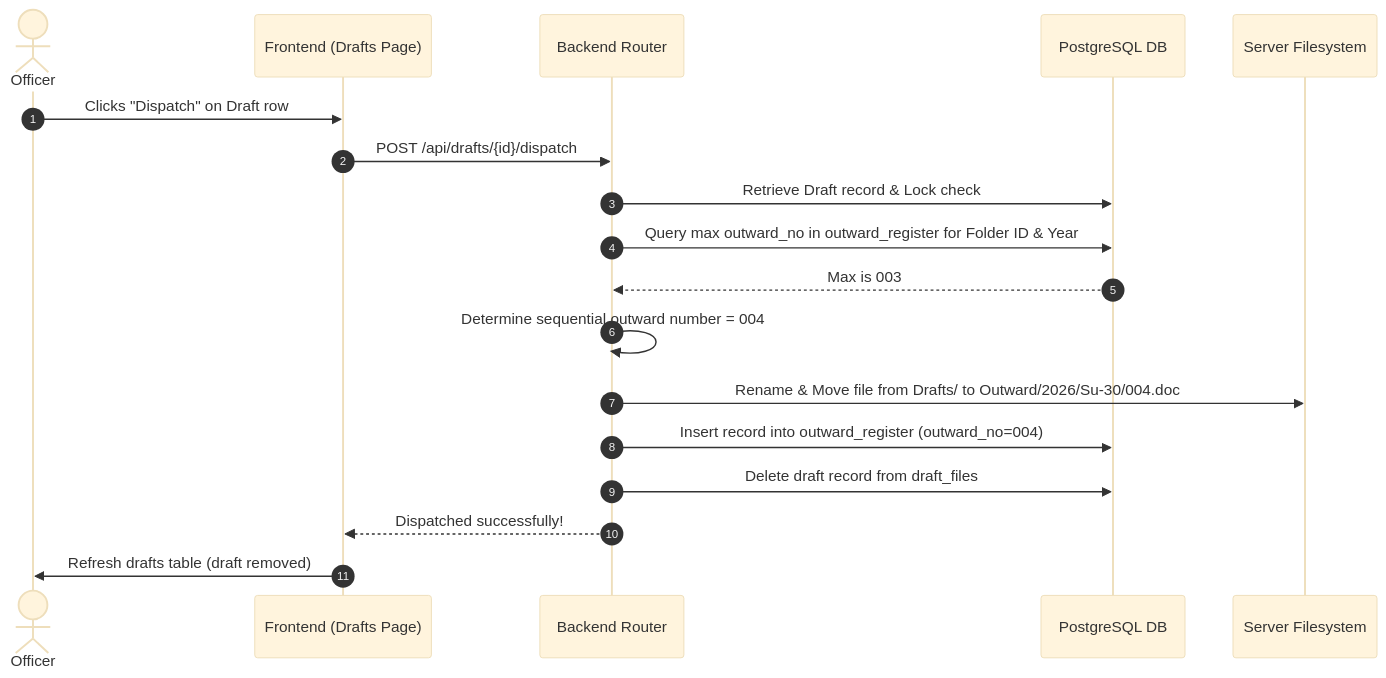
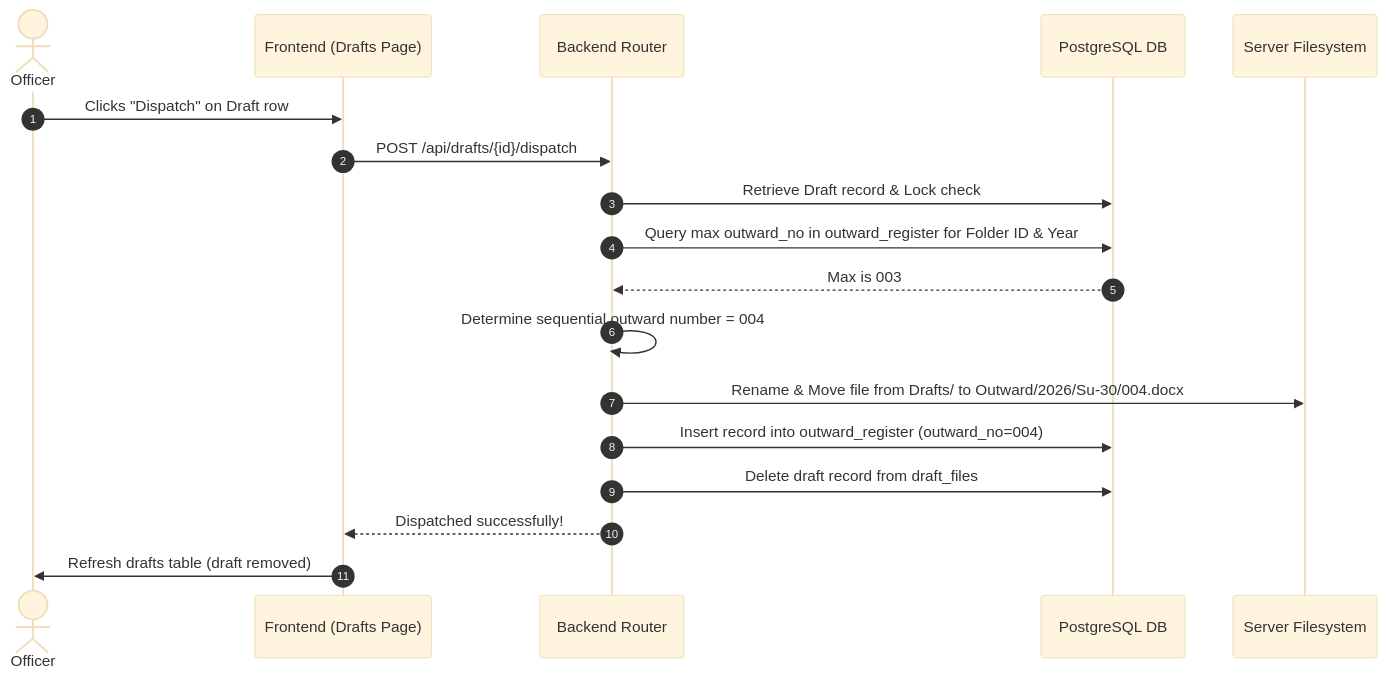
Before and after one commit to palashkharate/inward-outward-document-management-system-_iodms: the fourth of 4 diagrams in docs/hld.md, drawn with Mermaid (base theme). The commit also changed other lines of this file and 13 other files, not shown here.

````diff
--- a/docs/hld.md
+++ b/docs/hld.md
@@ -148,21 +148,21 @@
 ```mermaid
 sequenceDiagram
     autonumber
     actor User as Officer
     participant UI as Frontend (Drafts Page)
     participant API as Backend Router
     participant DB as PostgreSQL DB
     participant FS as Server Filesystem
 
     User->>UI: Clicks "Dispatch" on Draft row
     UI->>API: POST /api/drafts/{id}/dispatch
     API->>DB: Retrieve Draft record & Lock check
     API->>DB: Query max outward_no in outward_register for Folder ID & Year
     DB-->>API: Max is 003
     API->>API: Determine sequential outward number = 004
-    API->>FS: Rename & Move file from Drafts/ to Outward/2026/Su-30/004.doc
+    API->>FS: Rename & Move file from Drafts/ to Outward/2026/Su-30/004.docx
     API->>DB: Insert record into outward_register (outward_no=004)
     API->>DB: Delete draft record from draft_files
     API-->>UI: Dispatched successfully!
     UI->>User: Refresh drafts table (draft removed)
 ```
````
